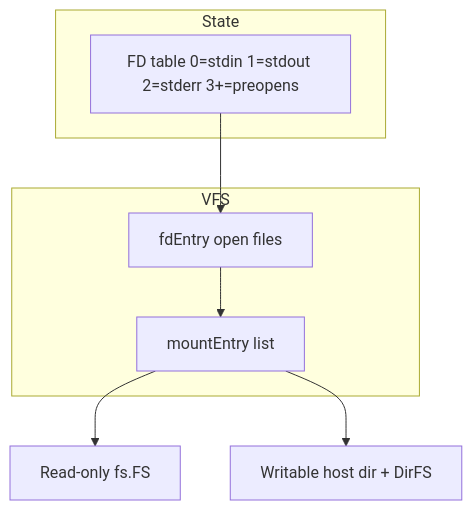
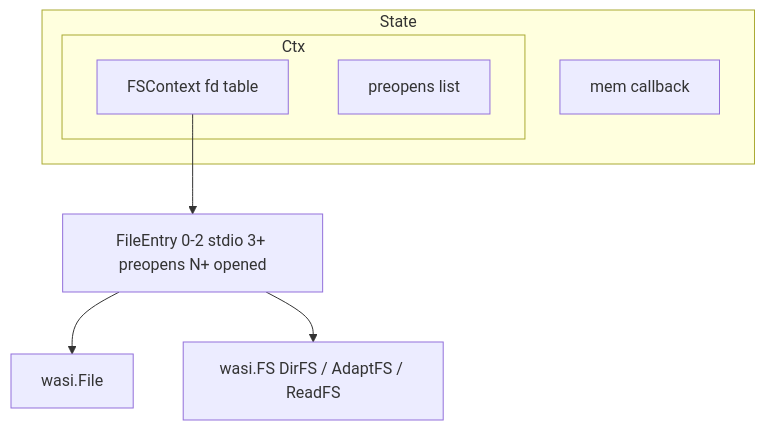
Before and after one commit to lbe/wasm2go-wasi-host: the second of 3 diagrams in ARCHITECTURE.md, drawn with Mermaid. The commit also changed other lines of this file and 127 other files, not shown here.

````diff
--- a/ARCHITECTURE.md
+++ b/ARCHITECTURE.md
@@ -78,14 +96,14 @@
 ```mermaid
 graph TD
     subgraph State
-        FDs[FD table 0=stdin 1=stdout 2=stderr 3+=preopens]
+        Mem[mem callback]
+        Ctx[wasi.Context]
     end
-    subgraph VFS
-        Mounts[mountEntry list]
-        Open[fdEntry open files]
+    subgraph Ctx
+        FSC[FSContext fd table]
+        Pre[preopens list]
     end
-    FDs --> Open
-    Open --> Mounts
-    Mounts --> RO[Read-only fs.FS]
-    Mounts --> RW[Writable host dir + DirFS]
+    FSC --> FE[FileEntry 0-2 stdio 3+ preopens N+ opened]
+    FE --> VF[wasi.File]
+    FE --> FS[wasi.FS DirFS / AdaptFS / ReadFS]
 ```
````
